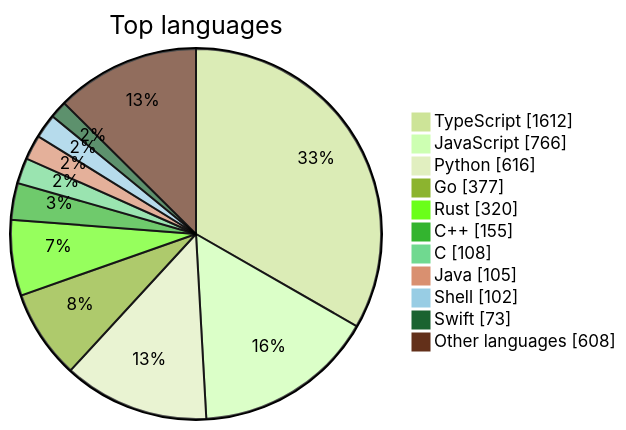
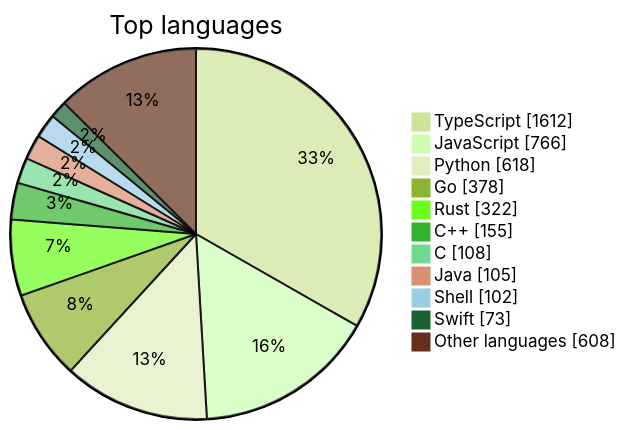
Before and after one commit to maxgfr/awesome-stars: the first of 2 diagrams in README.md, drawn with Mermaid (forest theme). The commit also changed other lines of this file and 27 other files, not shown here.

````diff
--- a/README.md
+++ b/README.md
@@ -39,14 +39,14 @@
 ```mermaid
 pie showData title Top languages
     "TypeScript" : 1612
     "JavaScript" : 766
-    "Python" : 616
-    "Go" : 377
-    "Rust" : 320
+    "Python" : 618
+    "Go" : 378
+    "Rust" : 322
     "C++" : 155
     "C" : 108
     "Java" : 105
     "Shell" : 102
     "Swift" : 73
     "Other languages" : 608
 ```
````
